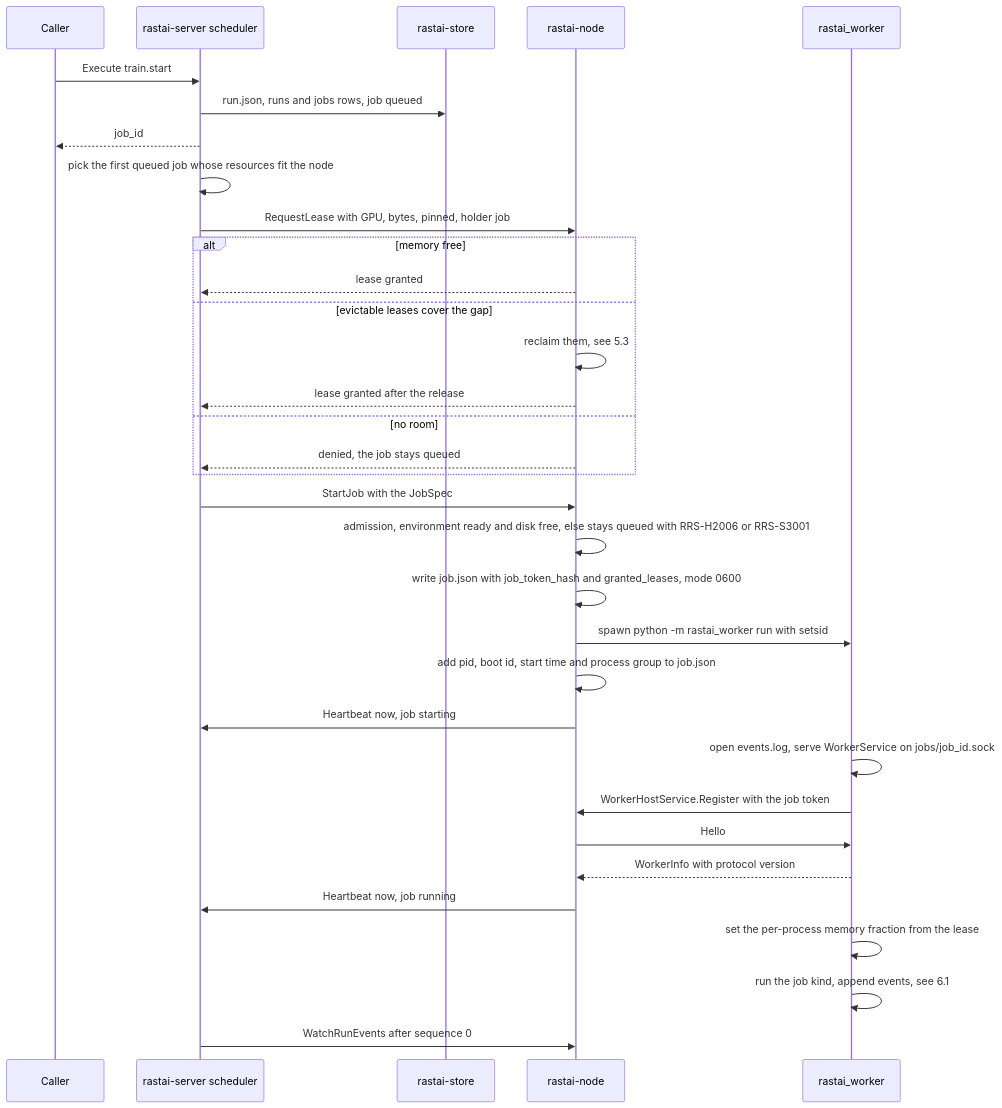
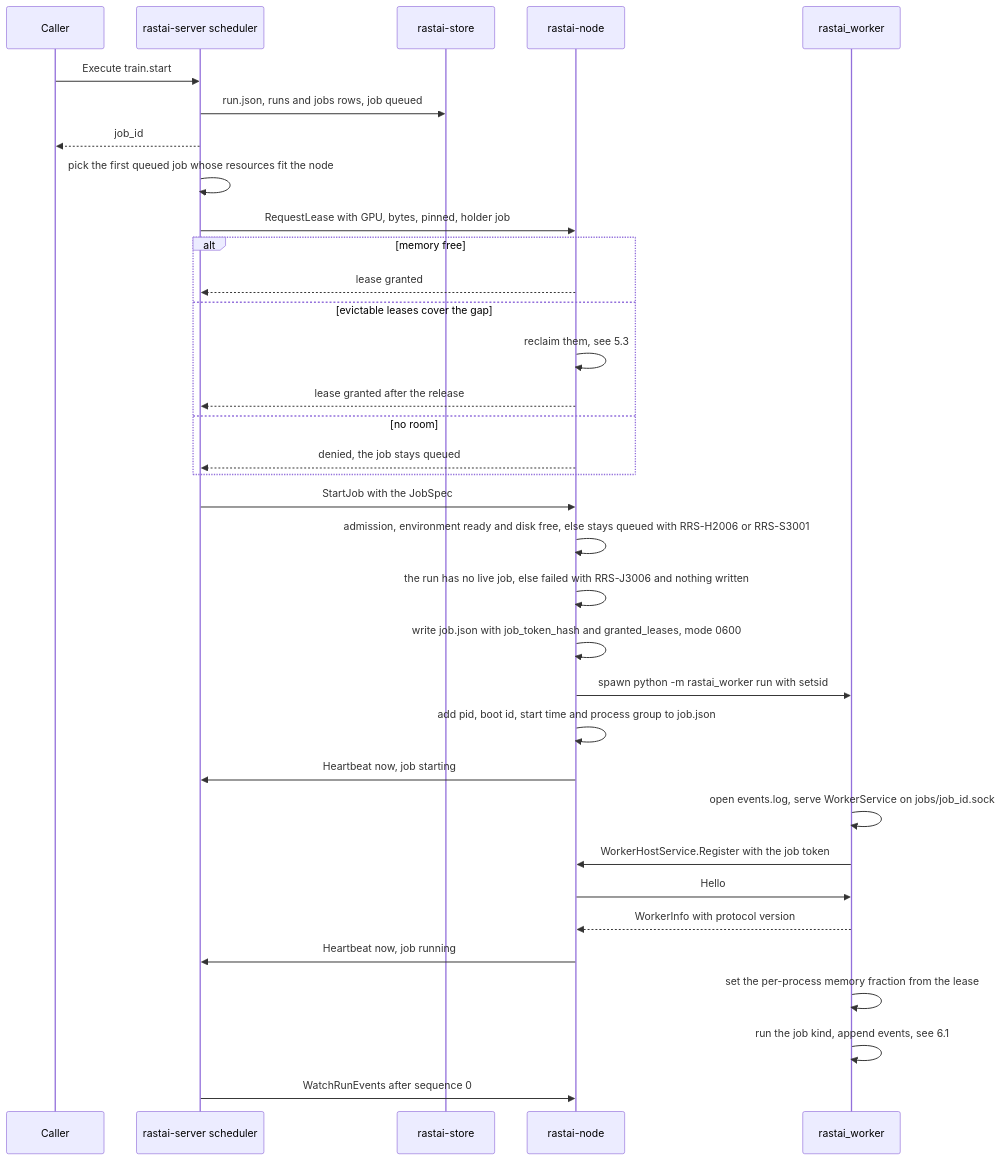
One commit to Snubiss/RASTAI-Research-Studio changed diagram 19 of 55 in docs/architecture/flows/platform.md. Above: the diagram before and after it, drawn with Mermaid. The commit also changed other lines of this file and 8 other files, not shown here.

````diff
--- a/docs/architecture/flows/platform.md
+++ b/docs/architecture/flows/platform.md
@@ -933,35 +933,36 @@
 ```mermaid
 sequenceDiagram
   participant C as Caller
   participant SRV as rastai-server scheduler
   participant STO as rastai-store
   participant ND as rastai-node
   participant W as rastai_worker
   C->>SRV: Execute train.start
   SRV->>STO: run.json, runs and jobs rows, job queued
   SRV-->>C: job_id
   SRV->>SRV: pick the first queued job whose resources fit the node
   SRV->>ND: RequestLease with GPU, bytes, pinned, holder job
   alt memory free
     ND-->>SRV: lease granted
   else evictable leases cover the gap
     ND->>ND: reclaim them, see 5.3
     ND-->>SRV: lease granted after the release
   else no room
     ND-->>SRV: denied, the job stays queued
   end
   SRV->>ND: StartJob with the JobSpec
   ND->>ND: admission, environment ready and disk free, else stays queued with RRS-H2006 or RRS-S3001
+  ND->>ND: the run has no live job, else failed with RRS-J3006 and nothing written
   ND->>ND: write job.json with job_token_hash and granted_leases, mode 0600
   ND->>W: spawn python -m rastai_worker run with setsid
   ND->>ND: add pid, boot id, start time and process group to job.json
   ND->>SRV: Heartbeat now, job starting
   W->>W: open events.log, serve WorkerService on jobs/job_id.sock
   W->>ND: WorkerHostService.Register with the job token
   ND->>W: Hello
   W-->>ND: WorkerInfo with protocol version
   ND->>SRV: Heartbeat now, job running
   W->>W: set the per-process memory fraction from the lease
   W->>W: run the job kind, append events, see 6.1
   SRV->>ND: WatchRunEvents after sequence 0
 ```
````
